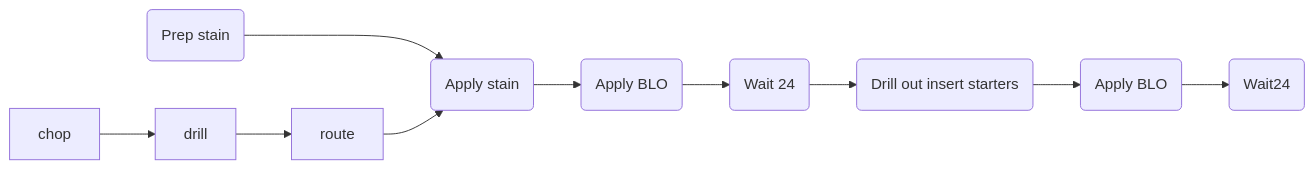
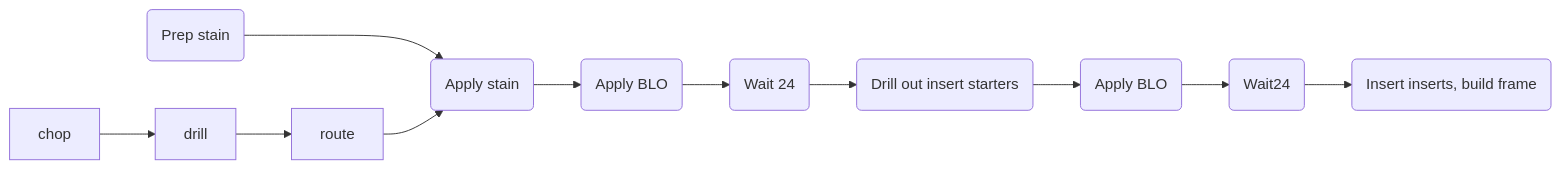
The diagram in README.md (frankburgs/wood), drawn with Mermaid before and after one commit. The commit also changed other lines of this file, not shown here.

````diff
--- a/README.md
+++ b/README.md
@@ -1,23 +1,25 @@
 ```mermaid
 
 flowchart LR
 
     id1(Prep stain) ---> id2(Apply stain)
     
     chop-->drill
     
     drill-->route
     
     route-->id2
     
     id2-->applyBLO1(Apply BLO)
     
     applyBLO1-->wait241(Wait 24)
     
     wait241-->drillInserts(Drill out insert starters)
     
     drillInserts-->applyBLO2(Apply BLO)
     
     applyBLO2-->wait242(Wait24)
     
+    wait242-->inserts(Insert inserts, build frame)
+    
 ```
````
